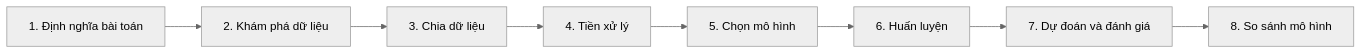
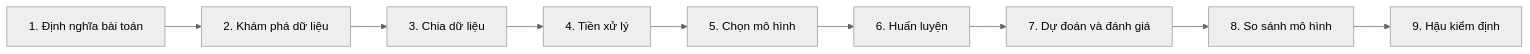
The diagram in references/project2/obsidian/00_MOC/BASIC_KNOWLEDGE.md (linhhuongw/project2_v2), drawn with Mermaid (neutral theme) before and after one commit. The commit also changed other lines of this file and 29 other files, not shown here.

````diff
--- a/references/project2/obsidian/00_MOC/BASIC_KNOWLEDGE.md
+++ b/references/project2/obsidian/00_MOC/BASIC_KNOWLEDGE.md
@@ -9,10 +9,11 @@
 ```mermaid
 flowchart LR
   S1[1. Định nghĩa bài toán] --> S2[2. Khám phá dữ liệu]
   S2 --> S3[3. Chia dữ liệu]
   S3 --> S4[4. Tiền xử lý]
   S4 --> S5[5. Chọn mô hình]
   S5 --> S6[6. Huấn luyện]
   S6 --> S7[7. Dự đoán và đánh giá]
   S7 --> S8[8. So sánh mô hình]
+  S8 --> S9[9. Hậu kiểm định]
 ```
````
